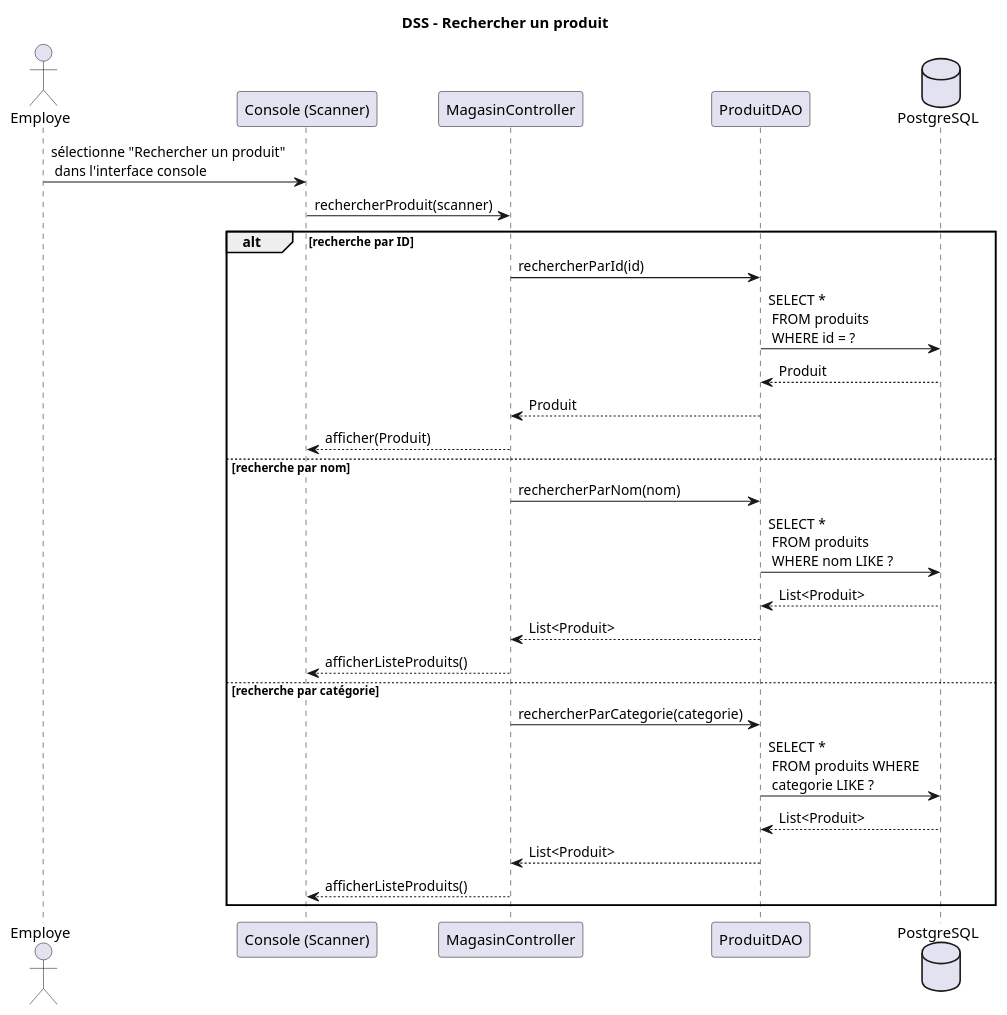
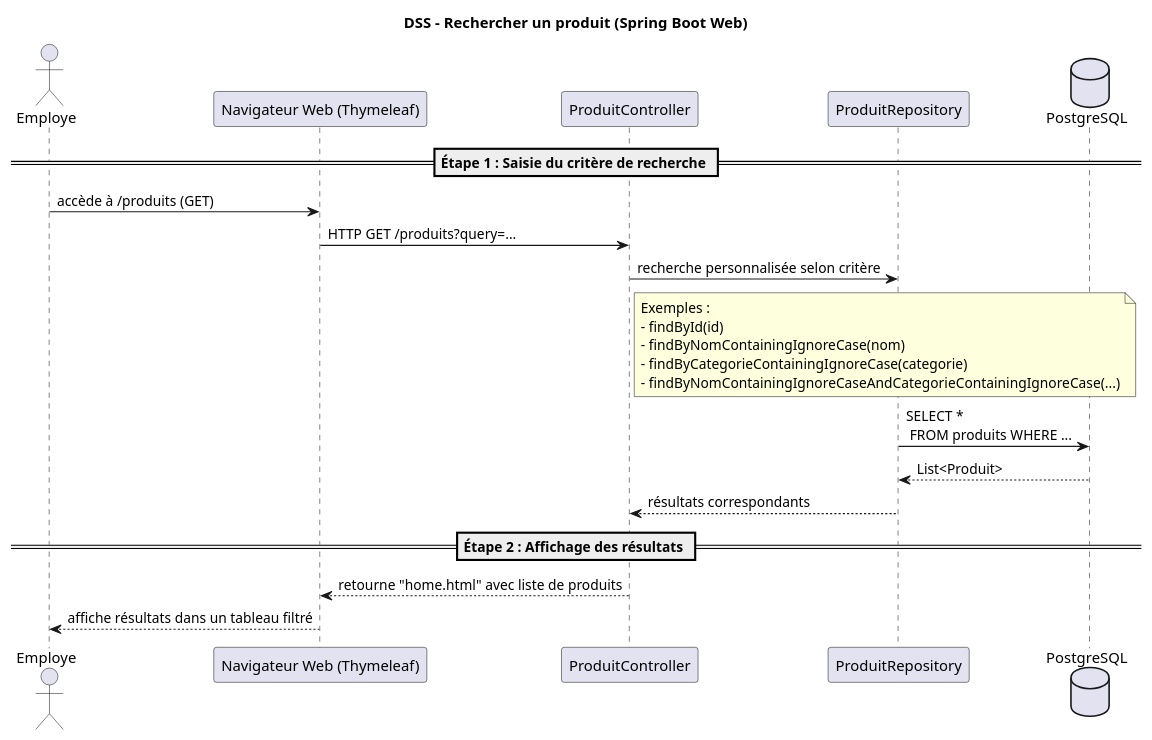
One commit to SlitherinSnake/tp0-1-2-log430 changed the diagram in docs/diagrams/dss/rechercherProduit.puml. Above: the diagram before and after it, drawn with PlantUML. The commit also changed 14 other files, not shown here.

```diff
--- a/docs/diagrams/dss/rechercherProduit.puml
+++ b/docs/diagrams/dss/rechercherProduit.puml
@@ -1,55 +1,49 @@
 @startuml
-title DSS – Rechercher un produit
+title DSS – Rechercher un produit (Spring Boot Web)
 
-' === Acteurs et composants impliqués ===
-' L'utilisateur humain (l'employé)
+' === Acteur principal ===
 actor Employe
-' Interface console qui lit la saisie
-participant "Console (Scanner)" as Console
-' Contrôleur principal qui orchestre les actions
-participant "MagasinController" as Controller
-' DAO qui accède à la BD via Hibernate
-participant "ProduitDAO" as DAO
-' Base de données relationnelle utilisée (via Hibernate)
+
+' === Composants Web ===
+participant "Navigateur Web (Thymeleaf)" as Vue
+participant "ProduitController" as Controller
+participant "ProduitRepository" as Repo
 database "PostgreSQL"
 
-' === Début du scénario ===
-' L’utilisateur interagit avec la console pour choisir l'option de recherche de produit (ID, nom, ou catégorie)
-Employe -> Console : sélectionne "Rechercher un produit" \n dans l'interface console
+== Étape 1 : Saisie du critère de recherche ==
+Employe -> Vue : accède à /produits (GET)
+' L’employé ouvre la page de recherche de produits depuis l’interface web
 
-' La console appelle le contrôleur avec un Scanner comme paramètre
-Console -> Controller : rechercherProduit(scanner)
+Vue -> Controller : HTTP GET /produits?query=...
+' La requête est envoyée au contrôleur avec un paramètre "query" (id, nom ou catégorie)
 
-' === Cas 1 : recherche par identifiant ===
-alt recherche par ID
-    Controller -> DAO : rechercherParId(id)
-    ' Le contrôleur transmet la requête au DAO (selon le choix 1)
-    
-    DAO -> PostgreSQL : SELECT * \n FROM produits \n WHERE id = ?
-    ' Hibernate génère une requête SQL pour chercher un produit selon son identifiant
-    
-    PostgreSQL --> DAO : Produit
-    ' La base renvoie un objet produit correspondant
-    
-    DAO --> Controller : Produit
-    Controller --> Console : afficher(Produit)
-    ' Le produit trouvé est affiché dans la console
+' Le contrôleur reçoit la requête de recherche avec le critère saisi (id, nom ou catégorie)
+Controller -> Repo : recherche personnalisée selon critère
+' Il appelle une méthode du repository en fonction du contenu de "query"
 
-' === Cas 2 : recherche par nom (mot-clé) ===
-else recherche par nom
-    Controller -> DAO : rechercherParNom(nom)
-    DAO -> PostgreSQL : SELECT * \n FROM produits \n WHERE nom LIKE ?
-    PostgreSQL --> DAO : List<Produit>
-    DAO --> Controller : List<Produit>
-    Controller --> Console : afficherListeProduits()
-    ' Plusieurs produits peuvent correspondre, la liste est affichée
+note right of Controller
+Exemples :
+- findById(id)
+- findByNomContainingIgnoreCase(nom)
+- findByCategorieContainingIgnoreCase(categorie)
+- findByNomContainingIgnoreCaseAndCategorieContainingIgnoreCase(...)
+end note
+' Le contrôleur choisit dynamiquement l’une de ces méthodes en analysant les filtres
 
-' === Cas 3 : recherche par catégorie ===
-else recherche par catégorie
-    Controller -> DAO : rechercherParCategorie(categorie)
-    DAO -> PostgreSQL : SELECT * \n FROM produits WHERE \n categorie LIKE ?
-    PostgreSQL --> DAO : List<Produit>
-    DAO --> Controller : List<Produit>
-    Controller --> Console : afficherListeProduits()
-end
+Repo -> PostgreSQL : SELECT * \n FROM produits WHERE ...
+' Le repository exécute une requête SQL vers la base de données
+
+PostgreSQL --> Repo : List<Produit>
+' PostgreSQL retourne la liste des produits correspondant aux critères
+
+Repo --> Controller : résultats correspondants
+' Les résultats sont renvoyés au contrôleur
+
+== Étape 2 : Affichage des résultats ==
+Controller --> Vue : retourne "home.html" avec liste de produits
+' Le contrôleur ajoute les résultats au modèle et renvoie la vue correspondante
+
+Vue --> Employe : affiche résultats dans un tableau filtré
+' L’interface web affiche un tableau avec les produits trouvés
+
 @enduml
```
